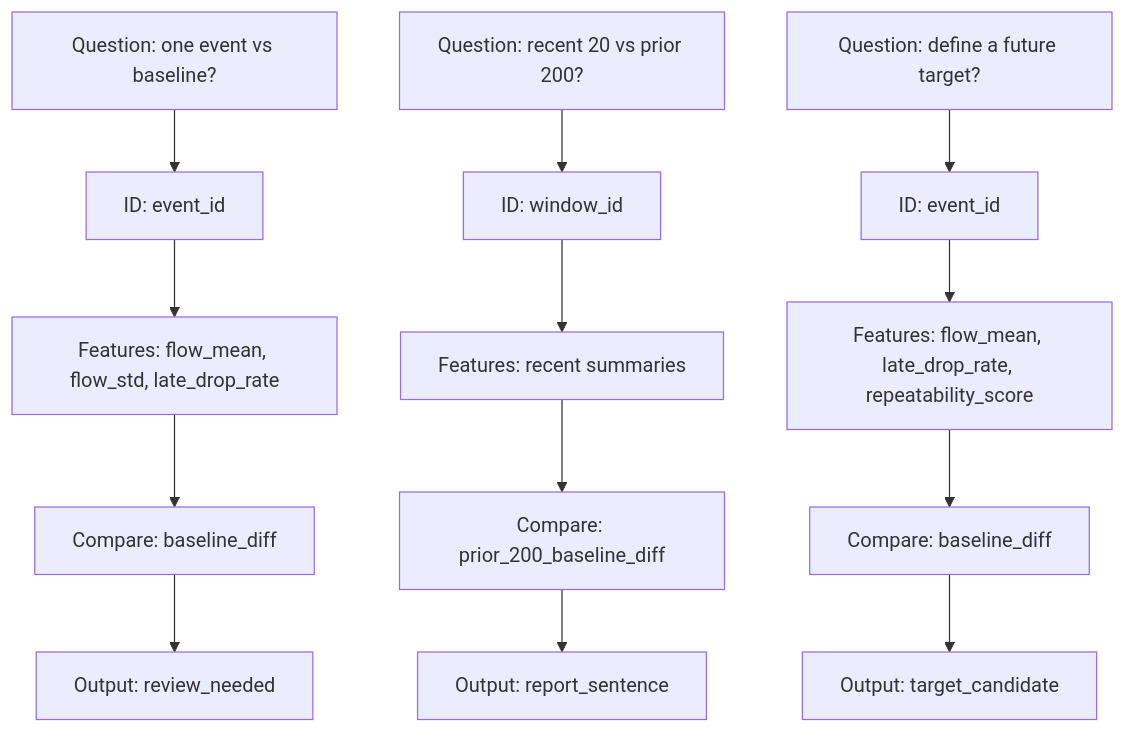
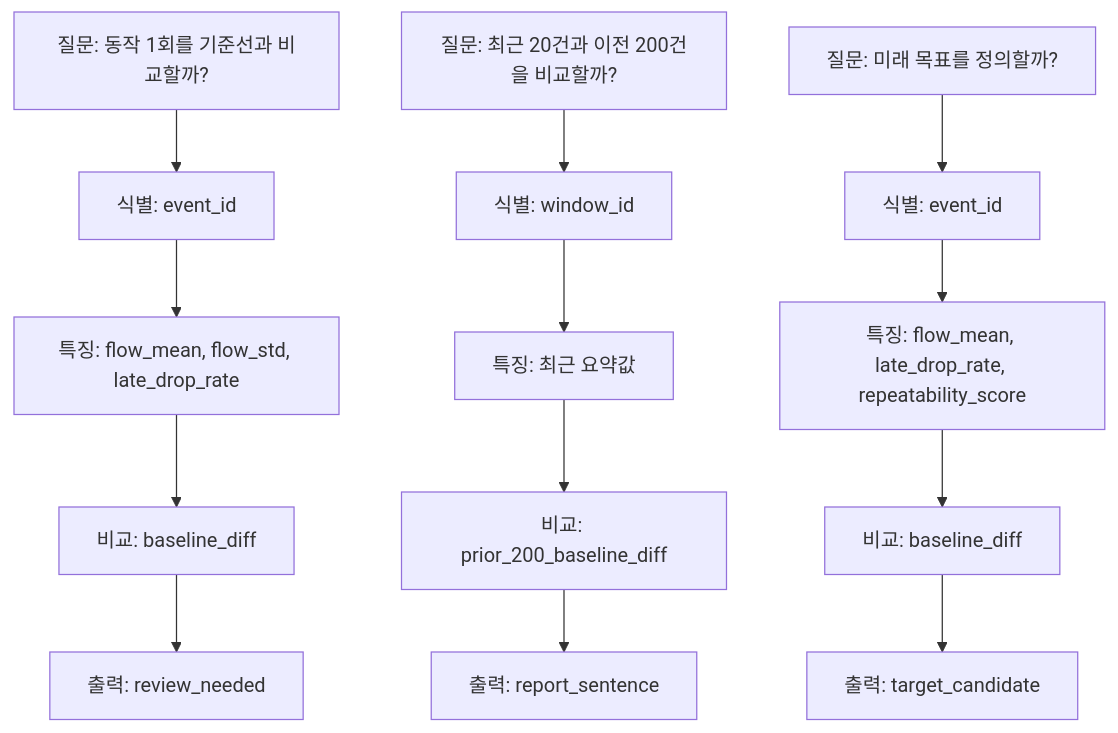
One commit to devchan64/AiBook changed the diagram in docs/parts/part-03/chapter-03/section-03.md. Above: the diagram before and after it, drawn with Mermaid. The commit also changed 45 other files, not shown here.

Commit message:
docs: localize part 3 mermaid diagrams

````diff
--- a/docs/parts/part-03/chapter-03/section-03.md
+++ b/docs/parts/part-03/chapter-03/section-03.md
@@ -72,17 +72,17 @@
 ```mermaid
 flowchart TD
-    A[Question: one event vs baseline?] --> A1[ID: event_id]
-    A1 --> A2[Features: flow_mean, flow_std, late_drop_rate]
-    A2 --> A3[Compare: baseline_diff]
-    A3 --> A4[Output: review_needed]
+    A[질문: 동작 1회를 기준선과 비교할까?] --> A1[식별: event_id]
+    A1 --> A2[특징: flow_mean, flow_std, late_drop_rate]
+    A2 --> A3[비교: baseline_diff]
+    A3 --> A4[출력: review_needed]
 
-    B[Question: recent 20 vs prior 200?] --> B1[ID: window_id]
-    B1 --> B2[Features: recent summaries]
-    B2 --> B3[Compare: prior_200_baseline_diff]
-    B3 --> B4[Output: report_sentence]
+    B[질문: 최근 20건과 이전 200건을 비교할까?] --> B1[식별: window_id]
+    B1 --> B2[특징: 최근 요약값]
+    B2 --> B3[비교: prior_200_baseline_diff]
+    B3 --> B4[출력: report_sentence]
 
-    C[Question: define a future target?] --> C1[ID: event_id]
-    C1 --> C2[Features: flow_mean, late_drop_rate, repeatability_score]
-    C2 --> C3[Compare: baseline_diff]
-    C3 --> C4[Output: target_candidate]
+    C[질문: 미래 목표를 정의할까?] --> C1[식별: event_id]
+    C1 --> C2[특징: flow_mean, late_drop_rate, repeatability_score]
+    C2 --> C3[비교: baseline_diff]
+    C3 --> C4[출력: target_candidate]
 ```
````
